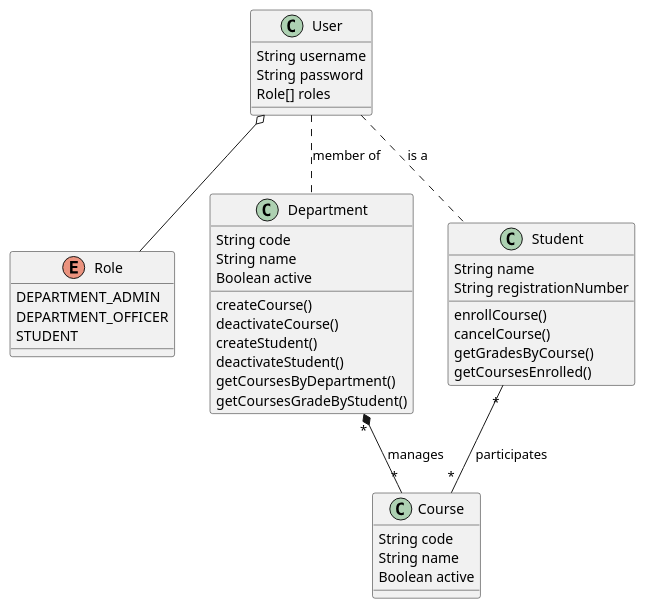
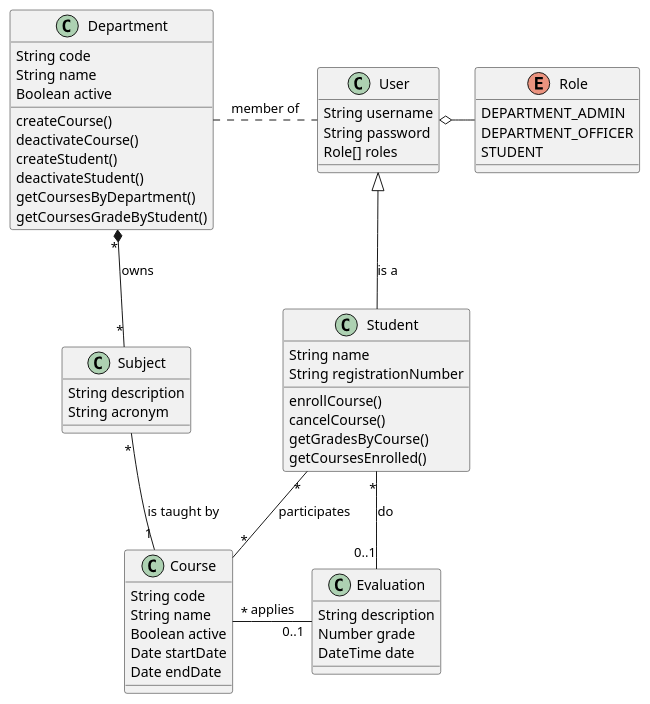
Before and after one commit to tnfigueiredo/living-doc-kotlin-spring-sample: the diagram in docs/myfictitious-course-center-domain.puml, drawn with PlantUML.

Commit message:
docs: domain modeling
Adjustments on domain modeling diagram.

```diff
--- a/docs/myfictitious-course-center-domain.puml
+++ b/docs/myfictitious-course-center-domain.puml
@@ -1,49 +1,65 @@
 @startuml
 'https://plantuml.com/class-diagram
 
-User o-- Role
-Department "*" *-- "*" Course: manages
+User o-r- Role
+Department "*" *-d- "*" Subject: owns
+Subject "*" -- "1" Course: is taught by
 Student "*" -- "*" Course : participates
-User .. Department : member of
-User .. Student : is a
+Student "*" -- "0..1" Evaluation : do
+Course "*" -r- "0..1" Evaluation : applies
+User .l. Department : member of
+User <|-- Student : is a
 
 class Department {
 String code
 String name
 Boolean active
 createCourse()
 deactivateCourse()
 createStudent()
 deactivateStudent()
 getCoursesByDepartment()
 getCoursesGradeByStudent()
 }
 
 class Course {
 String code
 String name
 Boolean active
+Date startDate
+Date endDate
+}
+
+class Subject {
+String description
+String acronym
+}
+
+class Evaluation {
+String description
+Number grade
+DateTime date
 }
 
 class Student {
 String name
 String registrationNumber
 enrollCourse()
 cancelCourse()
 getGradesByCourse()
 getCoursesEnrolled()
 }
 
 class User {
 String username
 String password
 Role[] roles
 }
 
 enum Role {
 DEPARTMENT_ADMIN
 DEPARTMENT_OFFICER
 STUDENT
 }
 
 @enduml
```
